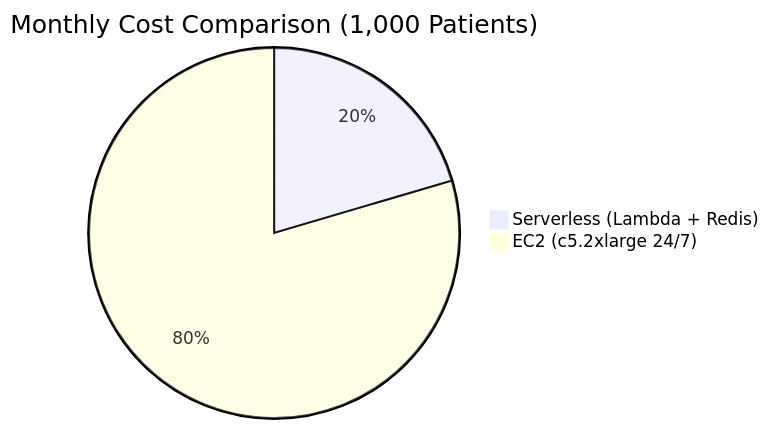
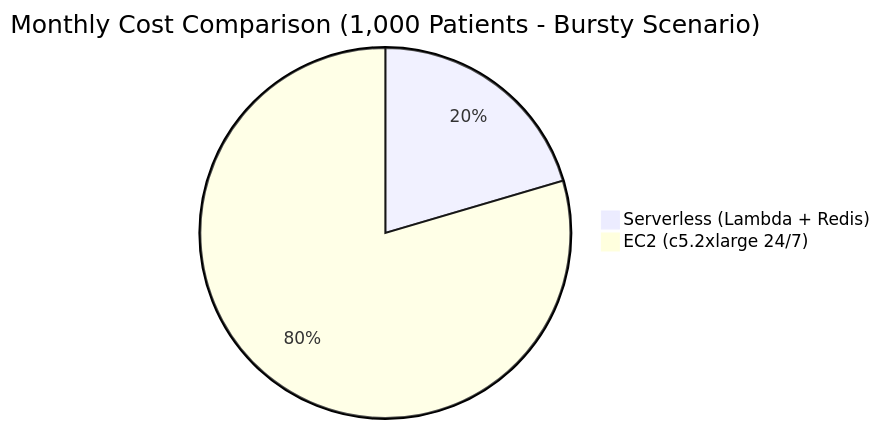
The ninth of 11 diagrams in ARCHITECTURE.md (A-KGeorge/stateful-ecg-serverless-dsp), drawn with Mermaid before and after one commit. The commit also changed other lines of this file, not shown here.

Commit message:
Enhance architecture documentation: expand on system components, data flow, and economic analysis for serverless vs traditional EC2 setups

````diff
--- a/ARCHITECTURE.md
+++ b/ARCHITECTURE.md
@@ -264,5 +339,5 @@
 ```mermaid
-pie title Monthly Cost Comparison (1,000 Patients)
+pie title Monthly Cost Comparison (1,000 Patients - Bursty Scenario)
     "Serverless (Lambda + Redis)" : 750
     "EC2 (c5.2xlarge 24/7)" : 2920
 ```
````
